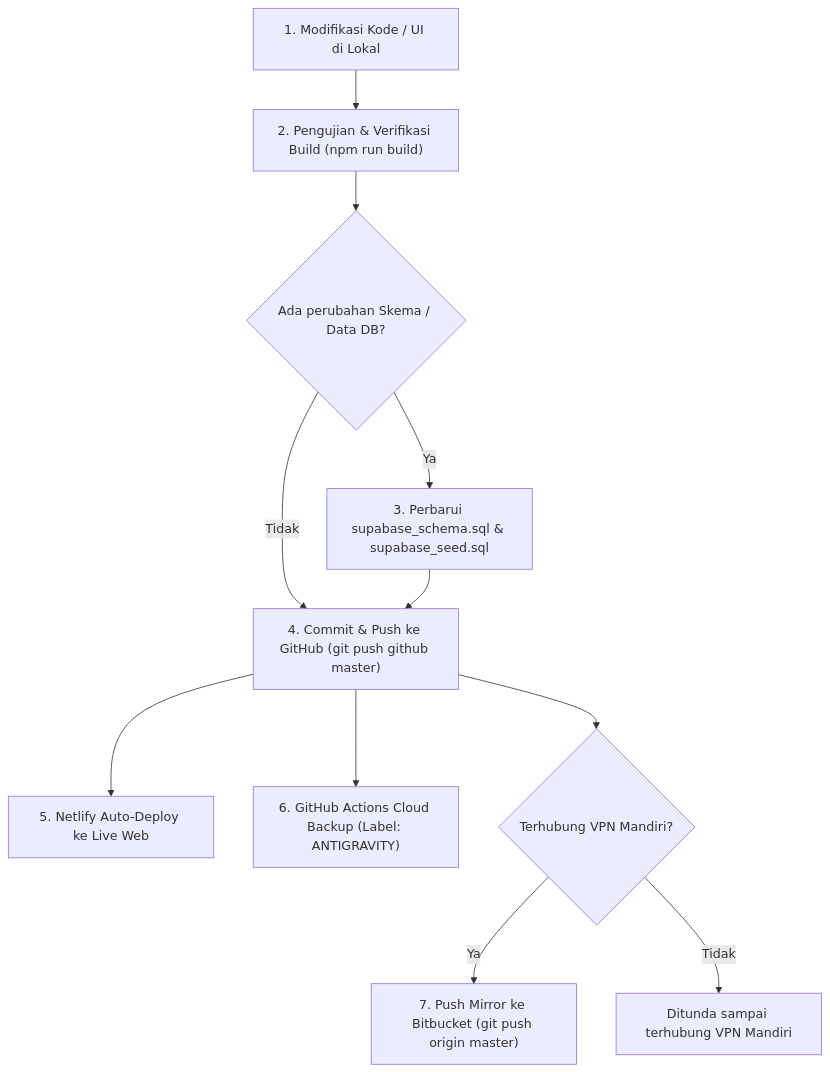
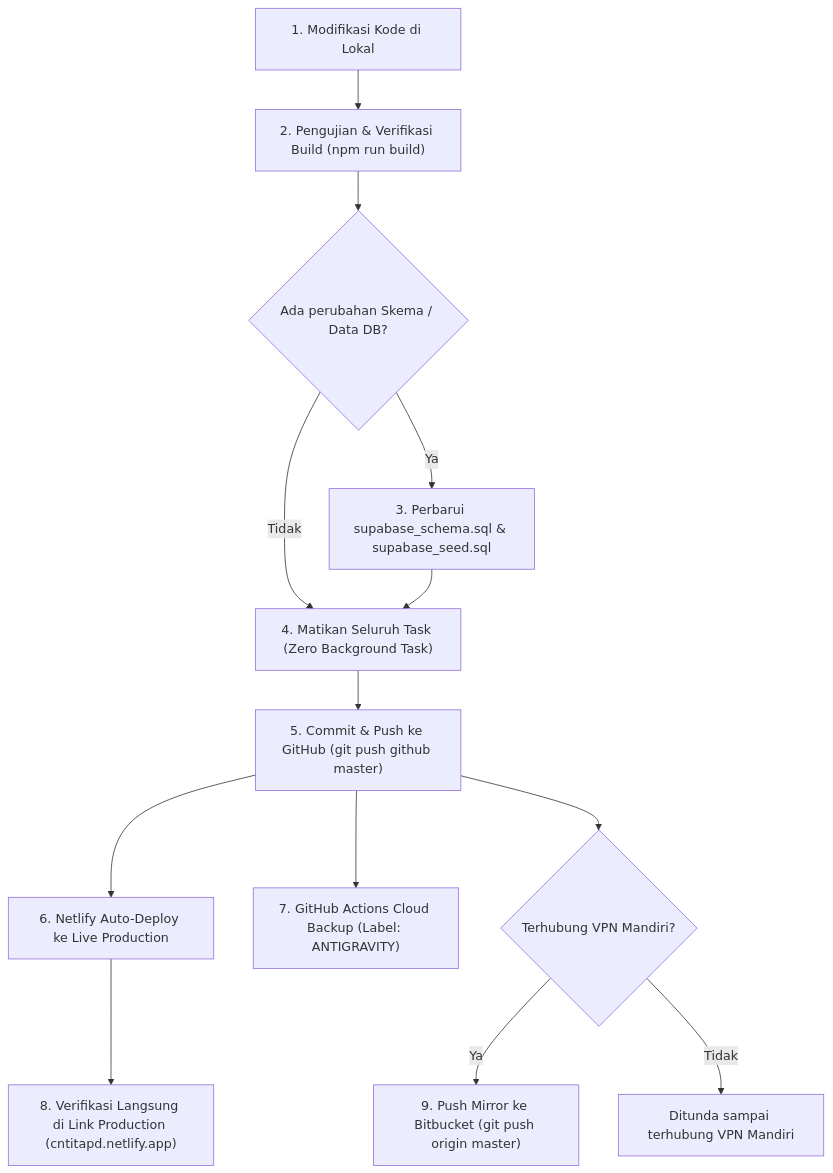
Before and after one commit to gahasapurba/cntitapd-web: the diagram in .agent/rules/standar-kerja.md, drawn with Mermaid. The commit also changed other lines of this file, not shown here.

Commit message:
docs: update SOP to zero background task policy and direct production review

````diff
--- a/.agent/rules/standar-kerja.md
+++ b/.agent/rules/standar-kerja.md
@@ -23,13 +23,15 @@
 ```mermaid
 flowchart TD
-    A["1. Modifikasi Kode / UI di Lokal"] --> B["2. Pengujian & Verifikasi Build (npm run build)"]
+    A["1. Modifikasi Kode di Lokal"] --> B["2. Pengujian & Verifikasi Build (npm run build)"]
     B --> C{"Ada perubahan Skema / Data DB?"}
     C -- Ya --> D["3. Perbarui supabase_schema.sql & supabase_seed.sql"]
-    C -- Tidak --> E["4. Commit & Push ke GitHub (git push github master)"]
+    C -- Tidak --> E["4. Matikan Seluruh Task (Zero Background Task)"]
     D --> E
-    E --> F["5. Netlify Auto-Deploy ke Live Web"]
-    E --> G["6. GitHub Actions Cloud Backup (Label: ANTIGRAVITY)"]
-    E --> H{"Terhubung VPN Mandiri?"}
-    H -- Ya --> I["7. Push Mirror ke Bitbucket (git push origin master)"]
-    H -- Tidak --> J["Ditunda sampai terhubung VPN Mandiri"]
+    E --> F["5. Commit & Push ke GitHub (git push github master)"]
+    F --> G["6. Netlify Auto-Deploy ke Live Production"]
+    F --> H["7. GitHub Actions Cloud Backup (Label: ANTIGRAVITY)"]
+    G --> I["8. Verifikasi Langsung di Link Production (cntitapd.netlify.app)"]
+    F --> J{"Terhubung VPN Mandiri?"}
+    J -- Ya --> K["9. Push Mirror ke Bitbucket (git push origin master)"]
+    J -- Tidak --> L["Ditunda sampai terhubung VPN Mandiri"]
 ```
````
